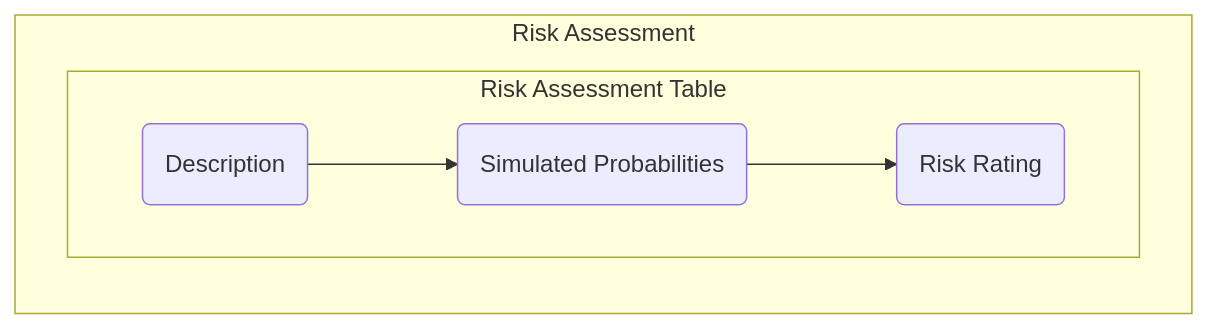
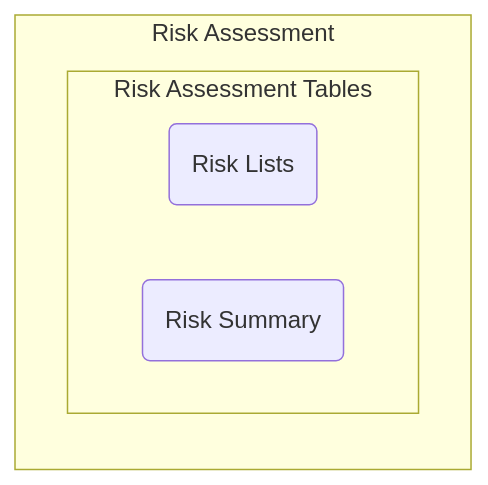
One commit to stuartfowler/CEMT changed the fourth of 4 diagrams in Documentation/risk.md. Above: the diagram before and after it, drawn with Mermaid. The commit also changed other lines of this file and 14 other files, not shown here.

````diff
--- a/Documentation/risk.md
+++ b/Documentation/risk.md
@@ -247,13 +250,13 @@
 ```mermaid
 flowchart TB
   subgraph RA["Risk Assessment"]
     direction TB
-    subgraph 8["Risk Assessment Table"]
-      8a("Description") --> 8b("Simulated Probabilities") --> 8c("Risk Rating")
+    subgraph 8["Risk Assessment Tables"]
+      8a("Risk Lists")
+      8b("Risk Summary")
     end
   end
   
-  click 8a "https://github.com/stuartfowler/CEMT/blob/main/Documentation/risk.md#description" "Risk Description"
-  click 8b "https://github.com/stuartfowler/CEMT/blob/main/Documentation/risk.md#simulated-probabilities" "Simulated Risk Probabilities"
-  click 8c "https://github.com/stuartfowler/CEMT/blob/main/Documentation/risk.md#risk-rating" "Risk Ratings"
+  click 8a "https://github.com/stuartfowler/CEMT/blob/main/Documentation/risk.md#risk-lists" "Risk Input Tables"
+  click 8b "https://github.com/stuartfowler/CEMT/blob/main/Documentation/risk.md#risk-summary" "Risk Summary Table"
 ```
````
